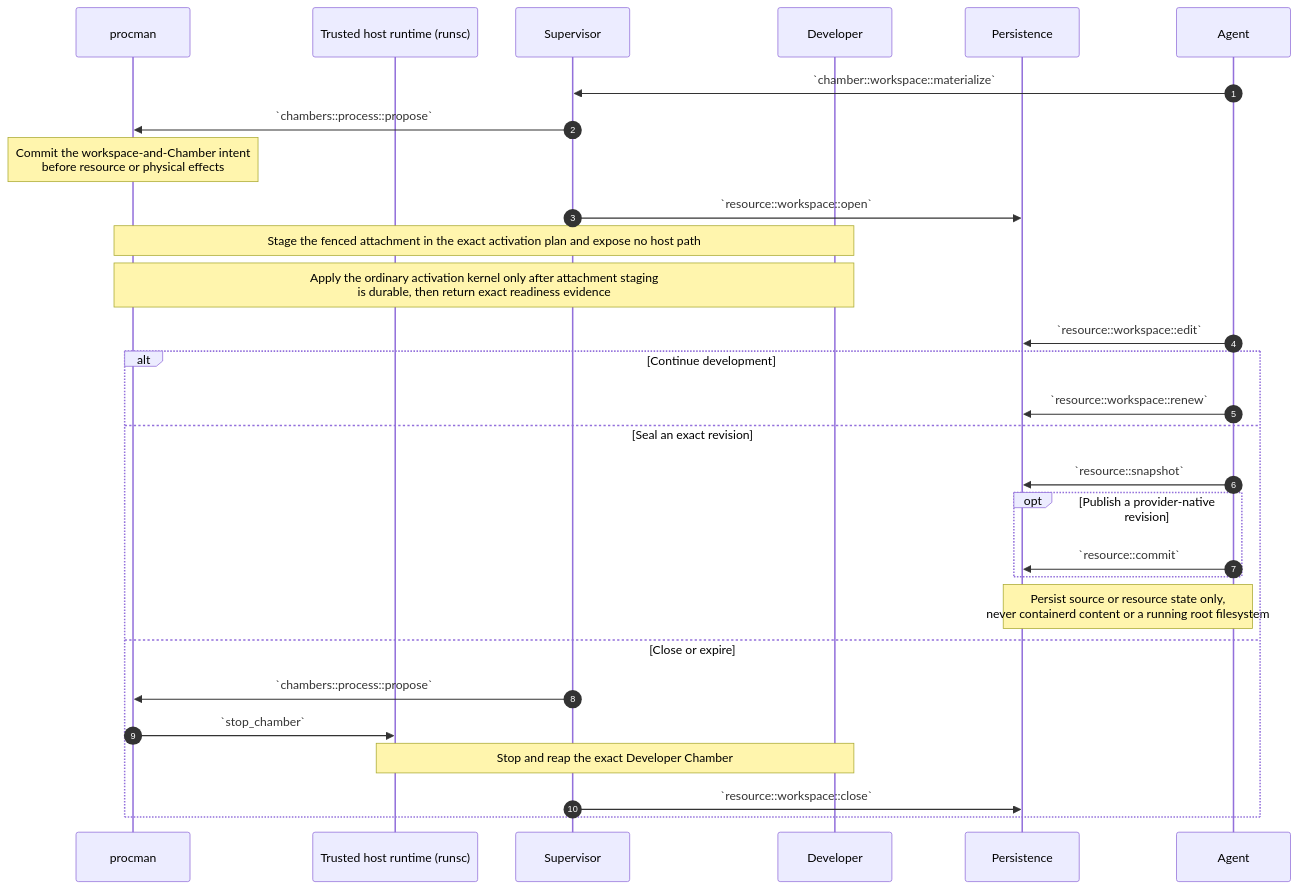
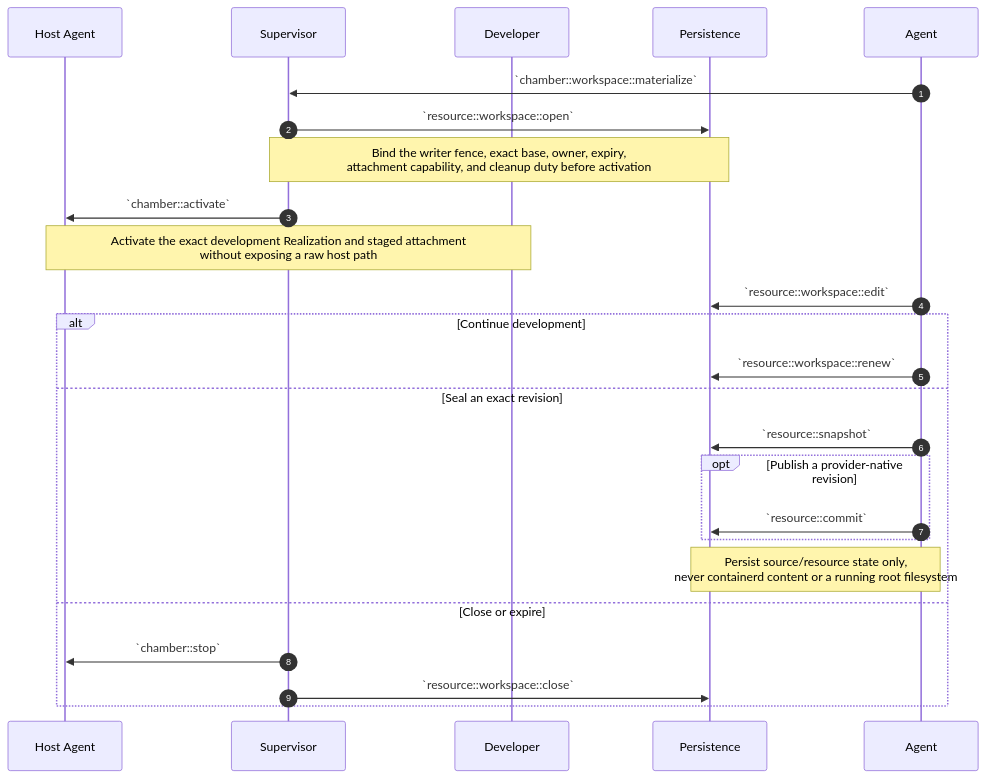
One commit to dreamcatcher-tech/chambers-lifecycle-explorer changed the eighth of 15 diagrams in source/chambers-lifecycle-sequences.md. Above: the diagram before and after it, drawn with Mermaid. The commit also changed other lines of this file and 8 other files, not shown here.

````diff
--- a/source/chambers-lifecycle-sequences.md
+++ b/source/chambers-lifecycle-sequences.md
@@ -1257,33 +867,29 @@
 ```mermaid
 sequenceDiagram
     autonumber
-    participant procman
-    participant Runtime as Trusted host runtime (runsc)
+    participant HostAgent as Host Agent
     participant Supervisor
     participant Developer
     participant Persistence
     participant Agent
 
     Agent->>Supervisor: `chamber::workspace::materialize`
-    Supervisor->>procman: `chambers::process::propose`
-    Note over procman: Commit the workspace-and-Chamber intent<br/>before resource or physical effects
     Supervisor->>Persistence: `resource::workspace::open`
-    Note over procman,Developer: Stage the fenced attachment in the exact activation plan and expose no host path
-    Note over procman,Developer: Apply the ordinary activation kernel only after attachment staging<br/>is durable, then return exact readiness evidence
+    Note over Supervisor,Persistence: Bind the writer fence, exact base, owner, expiry,<br/>attachment capability, and cleanup duty before activation
+    Supervisor->>HostAgent: `chamber::activate`
+    Note over HostAgent,Developer: Activate the exact development Realization and staged attachment<br/>without exposing a raw host path
     Agent->>Persistence: `resource::workspace::edit`
 
     alt Continue development
         Agent->>Persistence: `resource::workspace::renew`
     else Seal an exact revision
         Agent->>Persistence: `resource::snapshot`
         opt Publish a provider-native revision
             Agent->>Persistence: `resource::commit`
         end
-        Note over Agent,Persistence: Persist source or resource state only,<br/>never containerd content or a running root filesystem
+        Note over Agent,Persistence: Persist source/resource state only,<br/>never containerd content or a running root filesystem
     else Close or expire
-        Supervisor->>procman: `chambers::process::propose`
-        procman->>Runtime: `stop_chamber`
-        Note over Runtime,Developer: Stop and reap the exact Developer Chamber
+        Supervisor->>HostAgent: `chamber::stop`
         Supervisor->>Persistence: `resource::workspace::close`
     end
 ```
````
